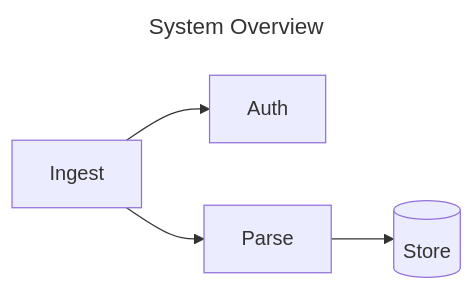
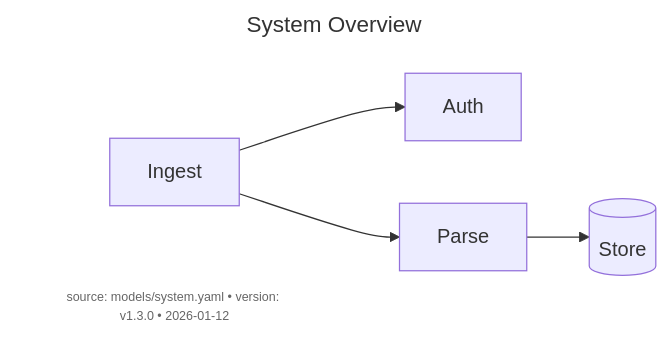
One commit to Beyondthemountain/RoboMermaid changed the diagram in diagrams/overview.mmd. Above: the diagram before and after it, drawn with Mermaid.

```diff
--- a/diagrams/overview.mmd
+++ b/diagrams/overview.mmd
@@ -1,17 +1,23 @@
 ---
 title: System Overview
 source: models/system.yaml
 version: v1.3.0
 generated: 2026-01-12
 view: overview
 ---
 flowchart LR
 
   auth["Auth"]
   ingest["Ingest"]
   parse["Parse"]
   store[("Store")]
 
   ingest --> auth
   ingest --> parse
   parse --> store
+
+
+%% footer (rendered)
+  foot["source: models/system.yaml • version: v1.3.0 • 2026-01-12"]:::footer
+
+  classDef footer fill:transparent,stroke:transparent,color:#666,font-size:10px;
```
